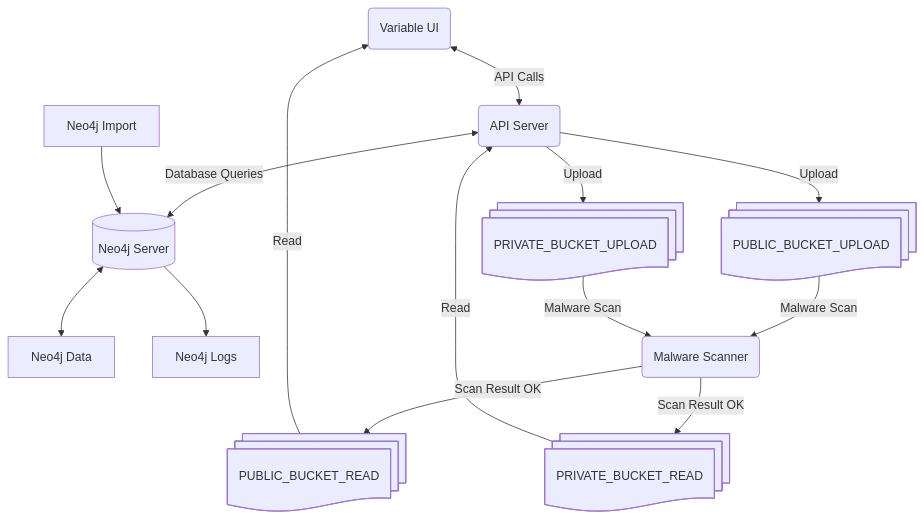
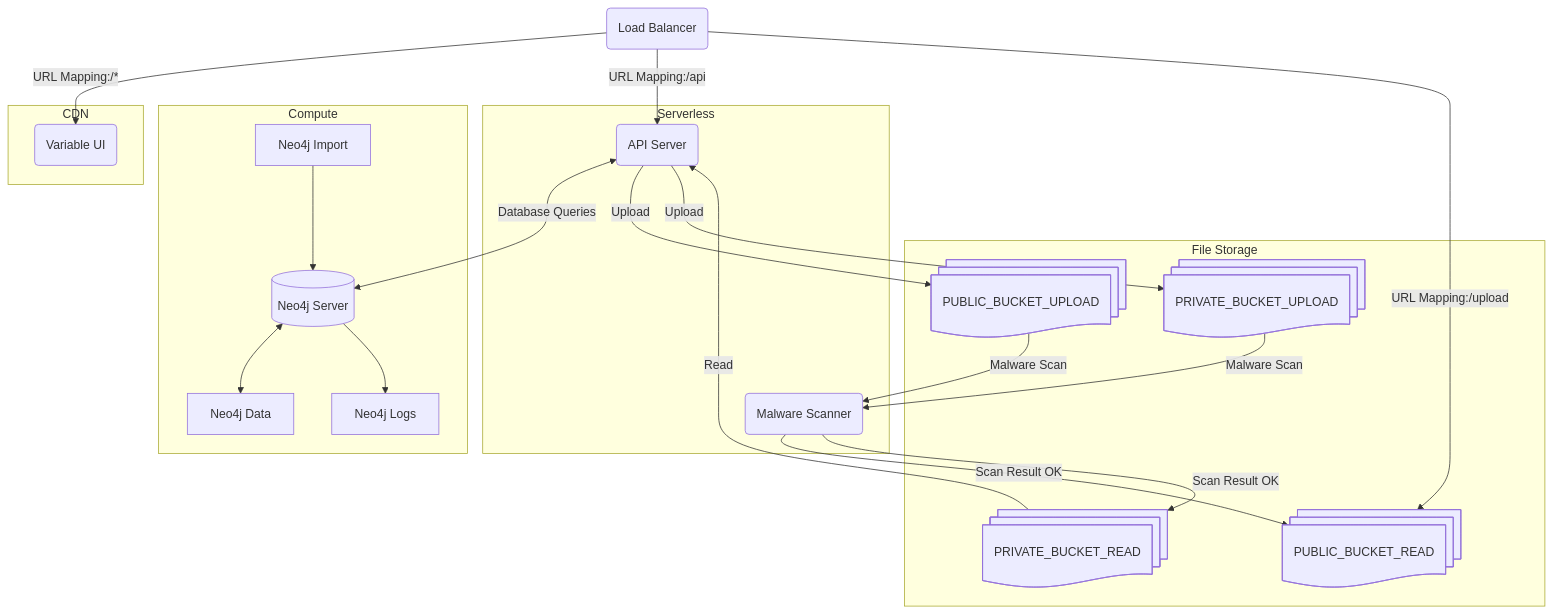
Before and after one commit to variable-co/api-documentation: the diagram in docs/self-hosted.mdx, drawn with Mermaid. The commit also changed other lines of this file and 3 other files, not shown here.

````diff
--- a/docs/self-hosted.mdx
+++ b/docs/self-hosted.mdx
@@ -58,16 +67,42 @@
 ```mermaid
 flowchart TD
-    UI(Variable UI) <-->|API Calls| API(API Server)
-    API <-->|Database Queries| DB[(Neo4j Server)]
-    DB <--> DBD[Neo4j Data]
-    DB --> DBL[Neo4j Logs]
-    DBI[Neo4j Import] --> DB
-    API -->|Upload| PBU@{ shape: docs, label: "PUBLIC_BUCKET_UPLOAD" }
-    API -->|Upload| PRU@{ shape: docs, label: "PRIVATE_BUCKET_UPLOAD" }
-    PUR@{ shape: docs, label: "PUBLIC_BUCKET_READ" } -->|Read| UI
-    PRR@{ shape: docs, label: "PRIVATE_BUCKET_READ" } -->|Read| API
-    PBU -->|Malware Scan| MSS(Malware Scanner)
+    LB(Load Balancer)
+
+    subgraph Serverless
+    API(API Server)
+    MSS(Malware Scanner)
+    end
+
+    subgraph Compute
+    DB[(Neo4j Server)]
+    DBL[Neo4j Logs]
+    DBD[Neo4j Data]
+    DBI[Neo4j Import]
+    end
+
+    subgraph CDN
+    UI(Variable UI)
+    end
+
+    subgraph File Storage
+    PBU@{ shape: docs, label: "PUBLIC_BUCKET_UPLOAD" }
+    PRU@{ shape: docs, label: "PRIVATE_BUCKET_UPLOAD" }
+    PUR@{ shape: docs, label: "PUBLIC_BUCKET_READ" }
+    PRR@{ shape: docs, label: "PRIVATE_BUCKET_READ" }
+    end
+
+    LB -->|URL Mapping:/*| UI
+    LB -->|URL Mapping:/api| API
+    LB -->|URL Mapping:/upload| PUR
+    API <-->|Database Queries| DB
+    DB <--> DBD
+    DB --> DBL
+    DBI --> DB
+    API -->|Upload| PBU
+    API -->|Upload| PRU
+    PRR -->|Read| API
+    PBU -->|Malware Scan| MSS
     PRU -->|Malware Scan| MSS
     MSS -->|Scan Result OK| PUR
     MSS -->|Scan Result OK| PRR
 ```
````
